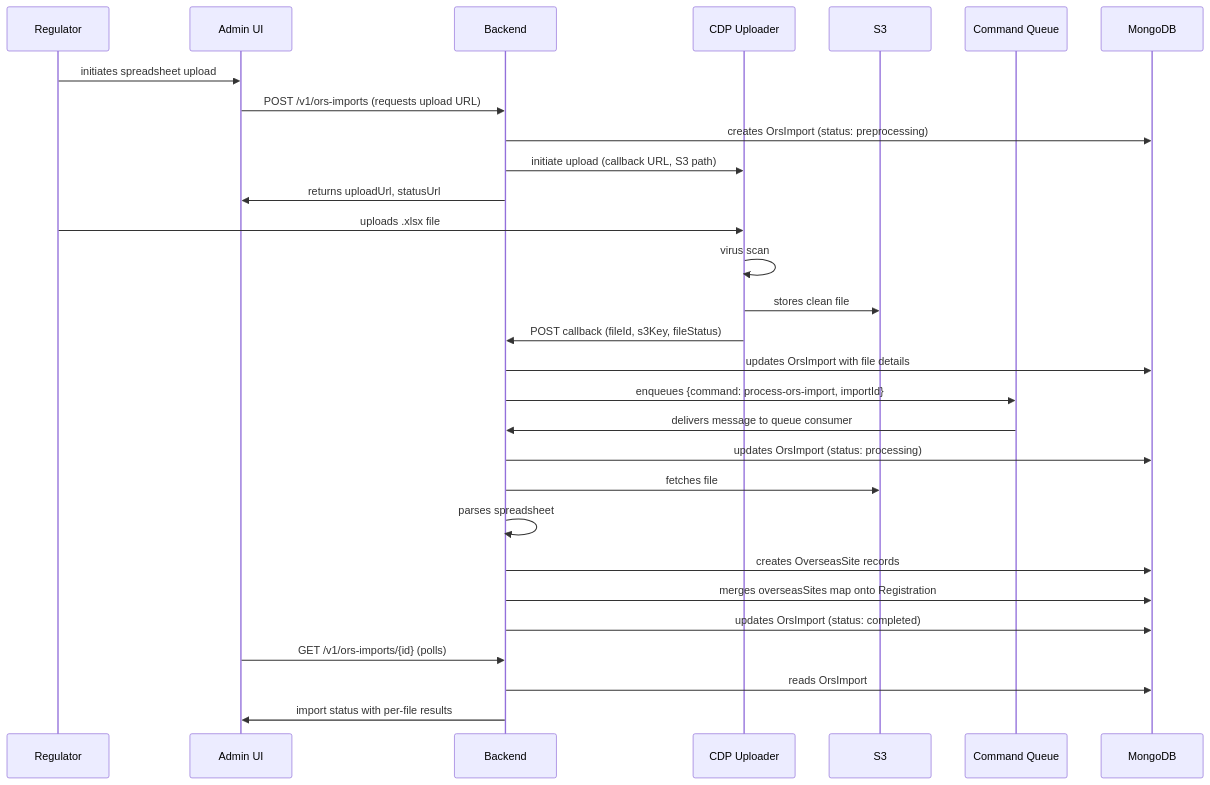
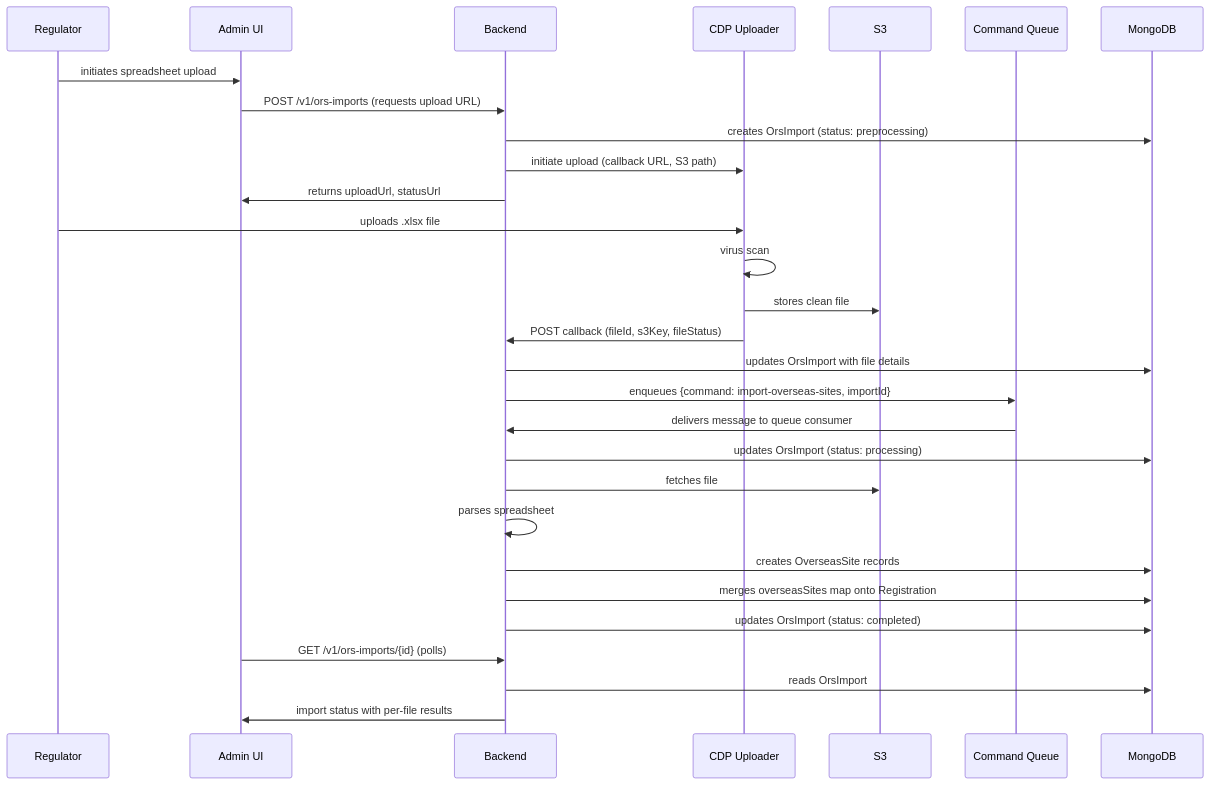
The third of 3 diagrams in docs/architecture/discovery/ors-management.md (DEFRA/epr-re-ex-service), drawn with Mermaid before and after one commit. The commit also changed other lines of this file, not shown here.

Commit message:
PAE-763: rename command to import-overseas-sites

````diff
--- a/docs/architecture/discovery/ors-management.md
+++ b/docs/architecture/discovery/ors-management.md
@@ -233,35 +233,35 @@
 ```mermaid
 sequenceDiagram
   participant Regulator
   participant Admin UI
   participant Backend
   participant CDP Uploader
   participant S3
   participant SQS as Command Queue
   participant MongoDB
 
   Regulator->>Admin UI: initiates spreadsheet upload
   Admin UI->>Backend: POST /v1/ors-imports (requests upload URL)
   Backend->>MongoDB: creates OrsImport (status: preprocessing)
   Backend->>CDP Uploader: initiate upload (callback URL, S3 path)
   Backend->>Admin UI: returns uploadUrl, statusUrl
 
   Regulator->>CDP Uploader: uploads .xlsx file
   CDP Uploader->>CDP Uploader: virus scan
   CDP Uploader->>S3: stores clean file
   CDP Uploader->>Backend: POST callback (fileId, s3Key, fileStatus)
   Backend->>MongoDB: updates OrsImport with file details
-  Backend->>SQS: enqueues {command: process-ors-import, importId}
+  Backend->>SQS: enqueues {command: import-overseas-sites, importId}
 
   SQS->>Backend: delivers message to queue consumer
   Backend->>MongoDB: updates OrsImport (status: processing)
   Backend->>S3: fetches file
   Backend->>Backend: parses spreadsheet
   Backend->>MongoDB: creates OverseasSite records
   Backend->>MongoDB: merges overseasSites map onto Registration
   Backend->>MongoDB: updates OrsImport (status: completed)
 
   Admin UI->>Backend: GET /v1/ors-imports/{id} (polls)
   Backend->>MongoDB: reads OrsImport
   Backend->>Admin UI: import status with per-file results
 ```
````
